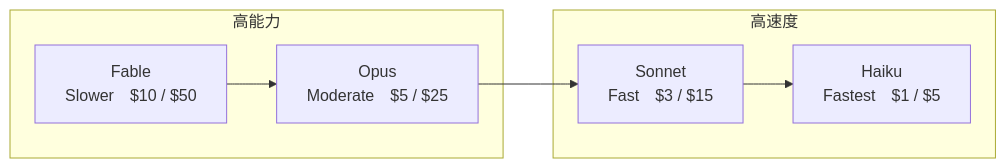
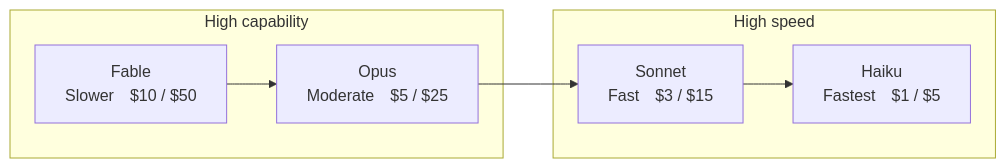
Before and after one commit to AbdullahMufti/ccao-f-guide: the sixth of 19 diagrams in guide.md, drawn with Mermaid. The commit also changed other lines of this file and 3 other files, not shown here.

````diff
--- a/guide.md
+++ b/guide.md
@@ -491,12 +492,12 @@
 ```mermaid
 flowchart LR
-    subgraph 高能力
+    subgraph HighCapability [High capability]
         FABLE["Fable<br/>Slower　$10 / $50"]
         OPUS["Opus<br/>Moderate　$5 / $25"]
     end
-    subgraph 高速度
+    subgraph HighSpeed [High speed]
         SONNET["Sonnet<br/>Fast　$3 / $15"]
         HAIKU["Haiku<br/>Fastest　$1 / $5"]
     end
     FABLE --> OPUS --> SONNET --> HAIKU
 ```
````
